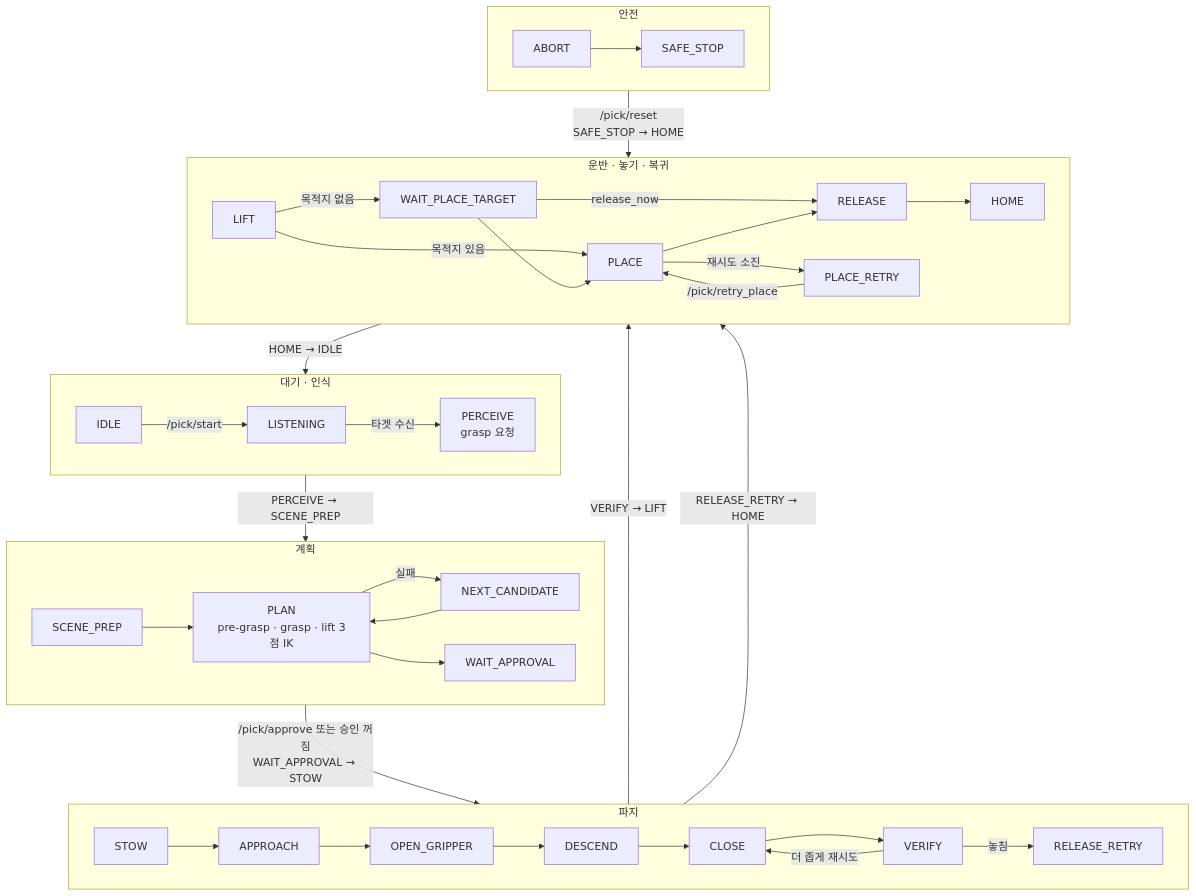
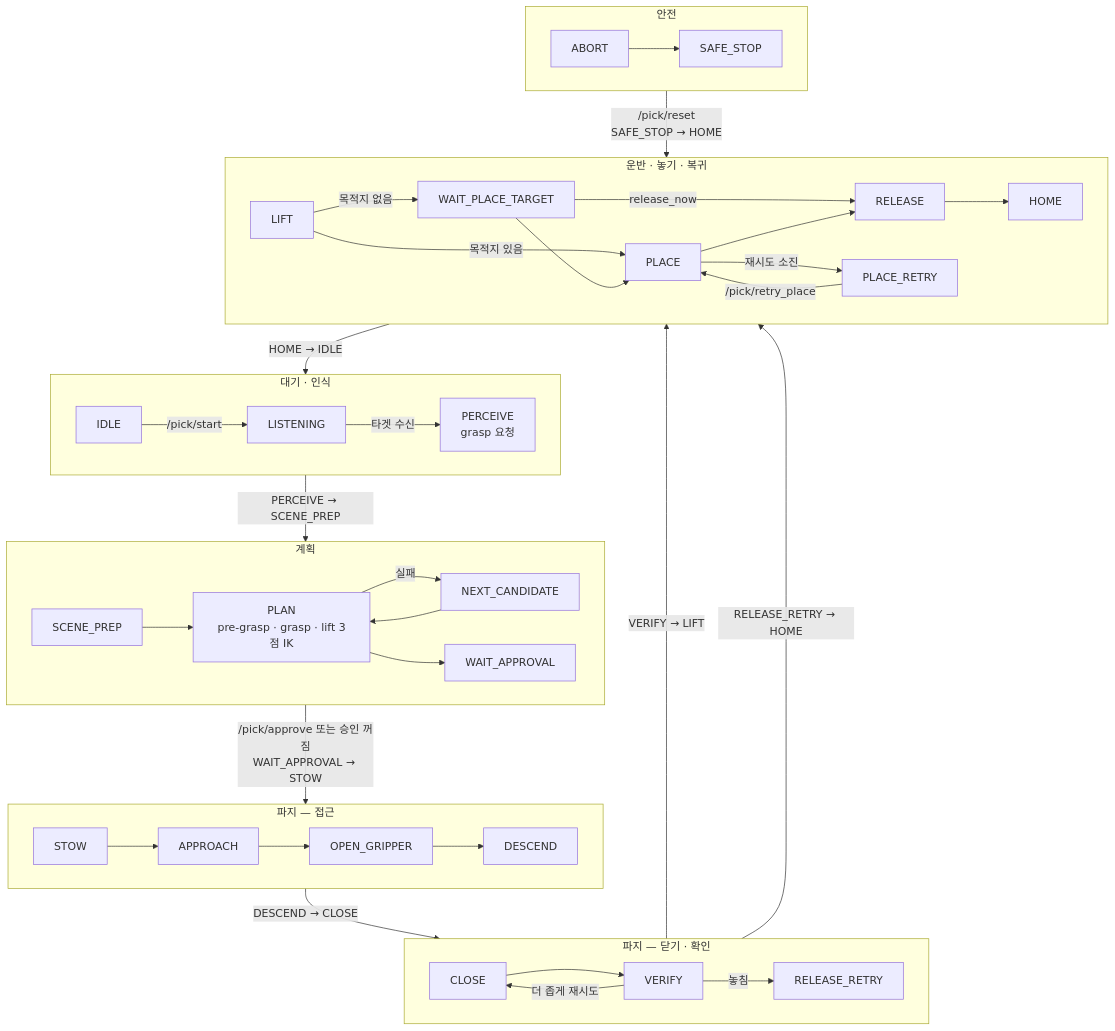
The second of 2 diagrams in README.md (gwanhuiGIM/Rokey_cobot2), drawn with Mermaid before and after one commit.

Commit message:
README: 흐름도 묶음 간 전이 라벨 보강·파지 묶음 2줄 분할(Codex 지적)

````diff
--- a/README.md
+++ b/README.md
@@ -191,37 +191,42 @@
 ```mermaid
 flowchart TB
     subgraph G1["대기 · 인식"]
         direction LR
         IDLE -->|/pick/start| LISTENING -->|타겟 수신| PERCEIVE["PERCEIVE<br/>grasp 요청"]
     end
     subgraph G2["계획"]
         direction LR
         SCENE_PREP --> PLAN["PLAN<br/>pre-grasp · grasp · lift 3점 IK"]
         PLAN -->|실패| NEXT_CANDIDATE --> PLAN
         PLAN --> WAIT_APPROVAL
     end
-    subgraph G3["파지"]
+    subgraph G3["파지 — 접근"]
         direction LR
-        STOW --> APPROACH --> OPEN_GRIPPER --> DESCEND --> CLOSE --> VERIFY
+        STOW --> APPROACH --> OPEN_GRIPPER --> DESCEND
+    end
+    subgraph G3B["파지 — 닫기 · 확인"]
+        direction LR
+        CLOSE --> VERIFY
         VERIFY -->|더 좁게 재시도| CLOSE
         VERIFY -->|놓침| RELEASE_RETRY
     end
     subgraph G4["운반 · 놓기 · 복귀"]
         direction LR
         LIFT -->|목적지 있음| PLACE
         LIFT -->|목적지 없음| WAIT_PLACE_TARGET --> PLACE
         WAIT_PLACE_TARGET -->|release_now| RELEASE
         PLACE -->|재시도 소진| PLACE_RETRY -->|/pick/retry_place| PLACE
         PLACE --> RELEASE --> HOME
     end
     subgraph G5["안전"]
         direction LR
         ABORT --> SAFE_STOP
     end
     G1 -->|"PERCEIVE → SCENE_PREP"| G2
     G2 -->|"/pick/approve 또는 승인 꺼짐<br/>WAIT_APPROVAL → STOW"| G3
-    G3 -->|"VERIFY → LIFT"| G4
-    G3 -->|"RELEASE_RETRY → HOME"| G4
+    G3 -->|"DESCEND → CLOSE"| G3B
+    G3B -->|"VERIFY → LIFT"| G4
+    G3B -->|"RELEASE_RETRY → HOME"| G4
     G5 -->|"/pick/reset<br/>SAFE_STOP → HOME"| G4
     G4 -->|"HOME → IDLE"| G1
 ```
````
